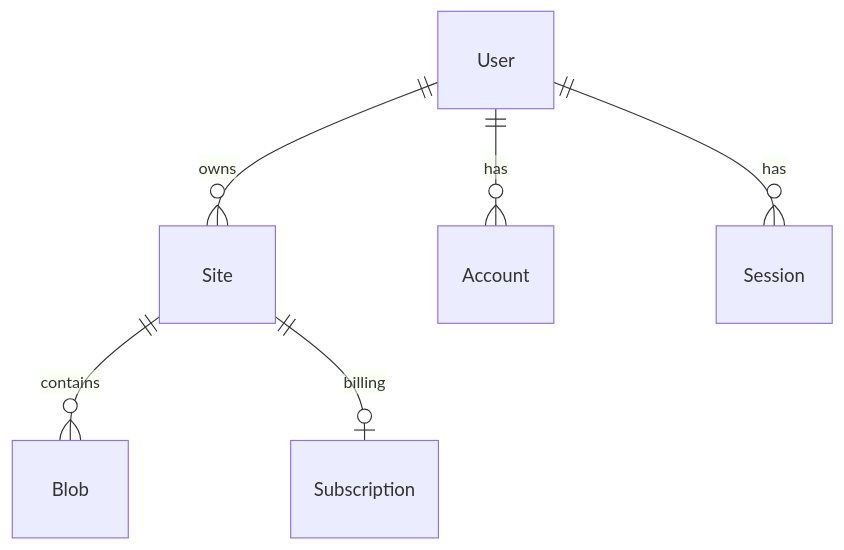
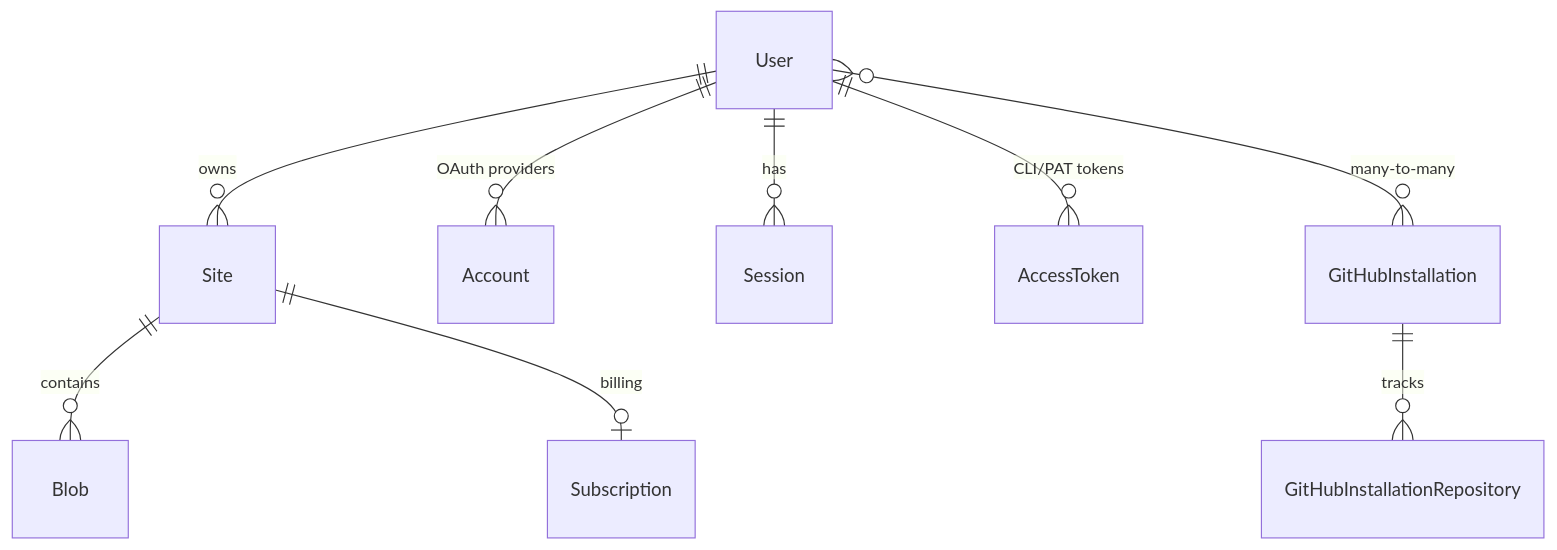
One commit to flowershow/flowershow changed the diagram in docs/ARCHITECTURE.md. Above: the diagram before and after it, drawn with Mermaid. The commit also changed other lines of this file and 2 other files, not shown here.

First line of the commit message:
docs: rewrite ARCHITECTURE.md with comprehensive platform summary

````diff
--- a/docs/ARCHITECTURE.md
+++ b/docs/ARCHITECTURE.md
@@ -34,8 +82,11 @@
 ```mermaid
 erDiagram
-  User ||--o{ Site : owns
-  User ||--o{ Account : has
-  User ||--o{ Session : has
-  Site ||--o{ Blob : contains
-  Site ||--o| Subscription : billing
+    User ||--o{ Site : owns
+    User ||--o{ Account : "OAuth providers"
+    User ||--o{ Session : has
+    User ||--o{ AccessToken : "CLI/PAT tokens"
+    User }o--o{ GitHubInstallation : "many-to-many"
+    GitHubInstallation ||--o{ GitHubInstallationRepository : tracks
+    Site ||--o{ Blob : contains
+    Site ||--o| Subscription : billing
 ```
````
